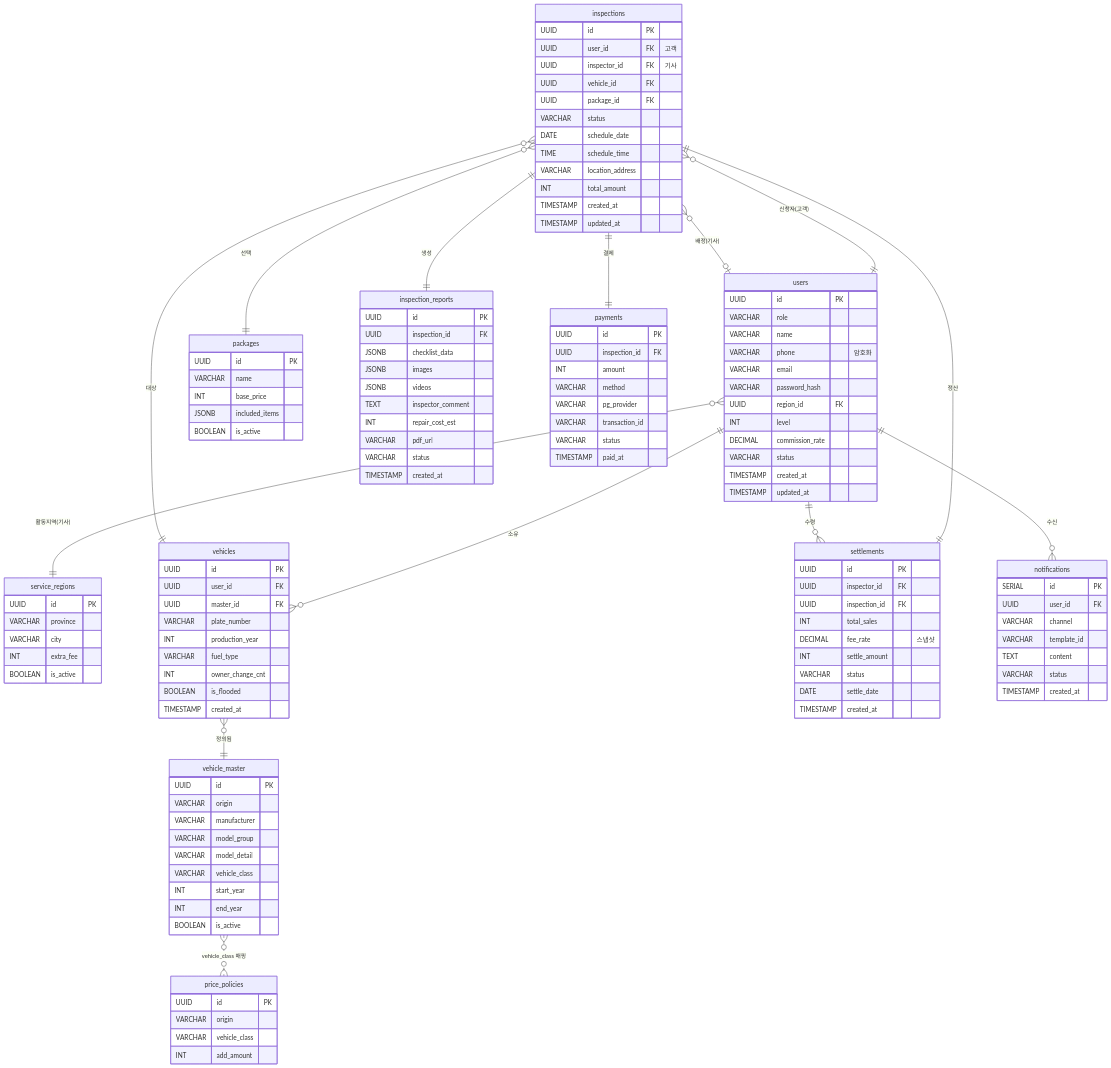
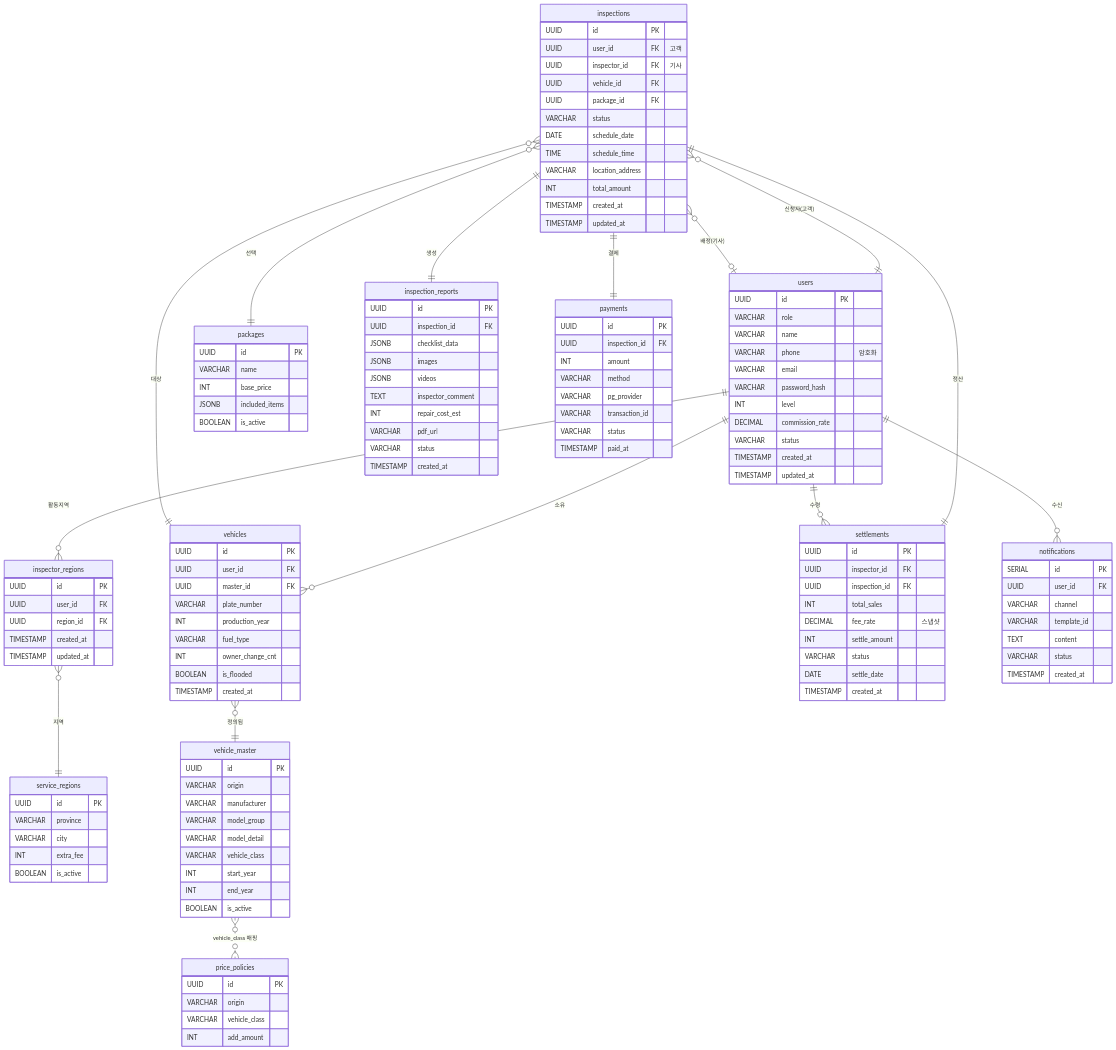
The diagram in backend/database/schemas/erd.md (jinsangpil/nearcar), drawn with Mermaid before and after one commit. The commit also changed other lines of this file and 18 other files, not shown here.

```diff
--- a/backend/database/schemas/erd.md
+++ b/backend/database/schemas/erd.md
@@ -216,10 +224,17 @@
         VARCHAR phone "암호화"
         VARCHAR email
         VARCHAR password_hash
-        UUID region_id FK
         INT level
         DECIMAL commission_rate
         VARCHAR status
+        TIMESTAMP created_at
+        TIMESTAMP updated_at
+    }
+
+    inspector_regions {
+        UUID id PK
+        UUID user_id FK
+        UUID region_id FK
         TIMESTAMP created_at
         TIMESTAMP updated_at
     }
@@ -232,7 +247,8 @@
         BOOLEAN is_active
     }
 
-    users }o--|| service_regions : "활동지역(기사)"
+    users ||--o{ inspector_regions : "활동지역"
+    inspector_regions }o--|| service_regions : "지역"
 
     %% 2. Vehicles & Master Data
     vehicle_master {
```
